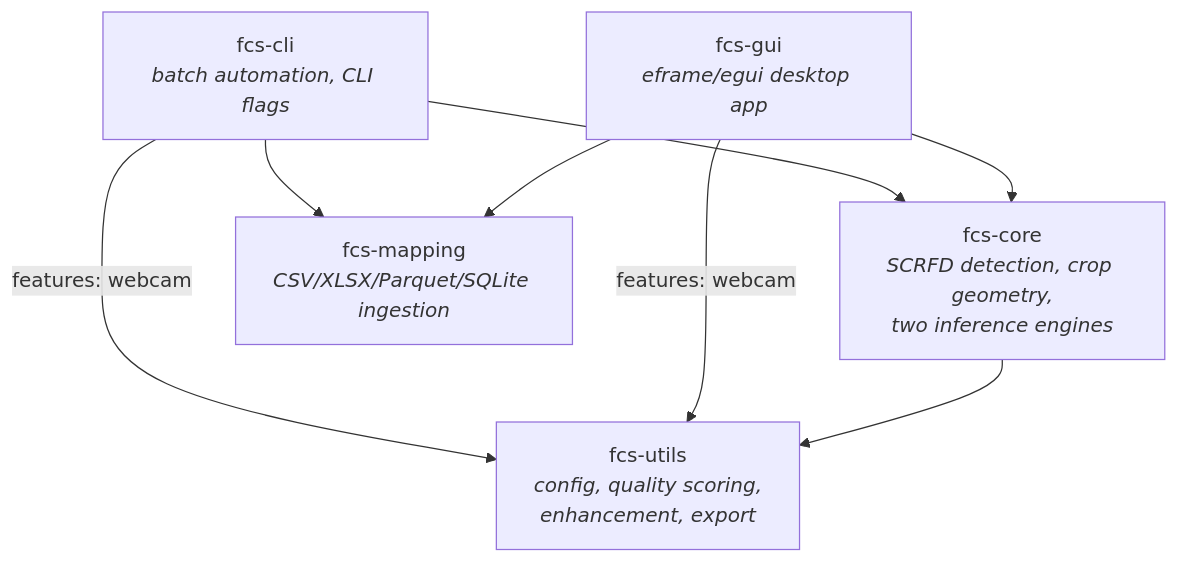
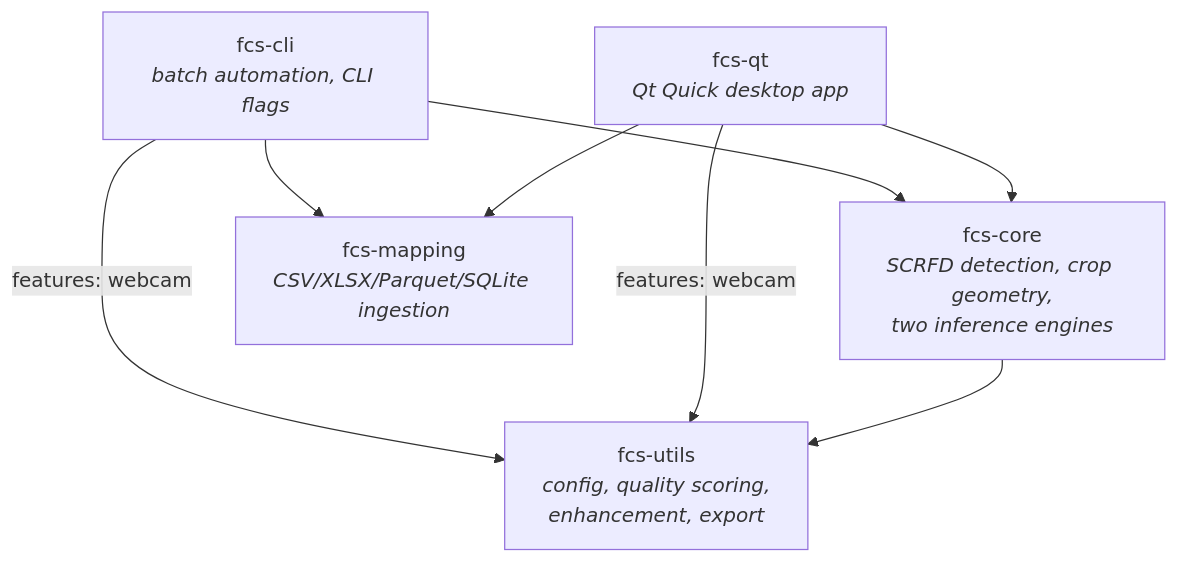
One commit to gregorycarnegie/face-crop-studio changed the first of 2 diagrams in ARCHITECTURE.md. Above: the diagram before and after it, drawn with Mermaid. The commit also changed other lines of this file and 82 other files, not shown here.

First line of the commit message:
3.0: replace fcs-gui with fcs-qt

````diff
--- a/ARCHITECTURE.md
+++ b/ARCHITECTURE.md
@@ -23,16 +24,16 @@
 ```mermaid
 graph TD
     cli["fcs-cli<br/><i>batch automation, CLI flags</i>"]
-    gui["fcs-gui<br/><i>eframe/egui desktop app</i>"]
+    gui["fcs-qt<br/><i>Qt Quick desktop app</i>"]
     core["fcs-core<br/><i>SCRFD detection, crop geometry,<br/>two inference engines</i>"]
     utils["fcs-utils<br/><i>config, quality scoring,<br/>enhancement, export</i>"]
     mapping["fcs-mapping<br/><i>CSV/XLSX/Parquet/SQLite ingestion</i>"]
 
     cli --> core
     cli --> mapping
     cli -->|features: webcam| utils
     gui --> core
     gui --> mapping
     gui -->|features: webcam| utils
     core --> utils
 ```
````
